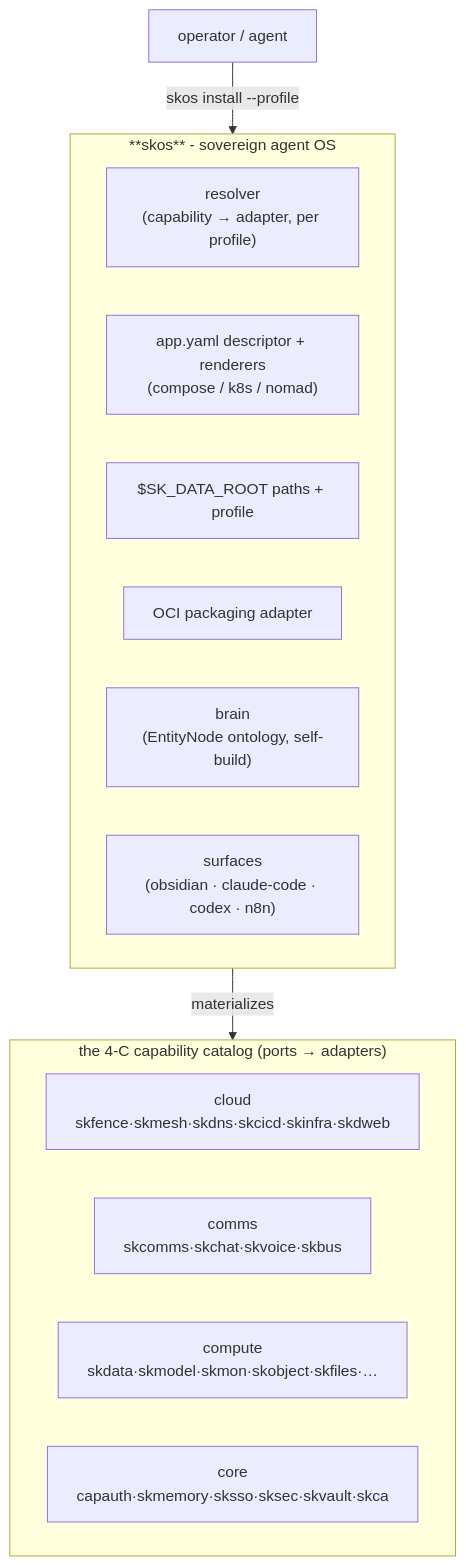
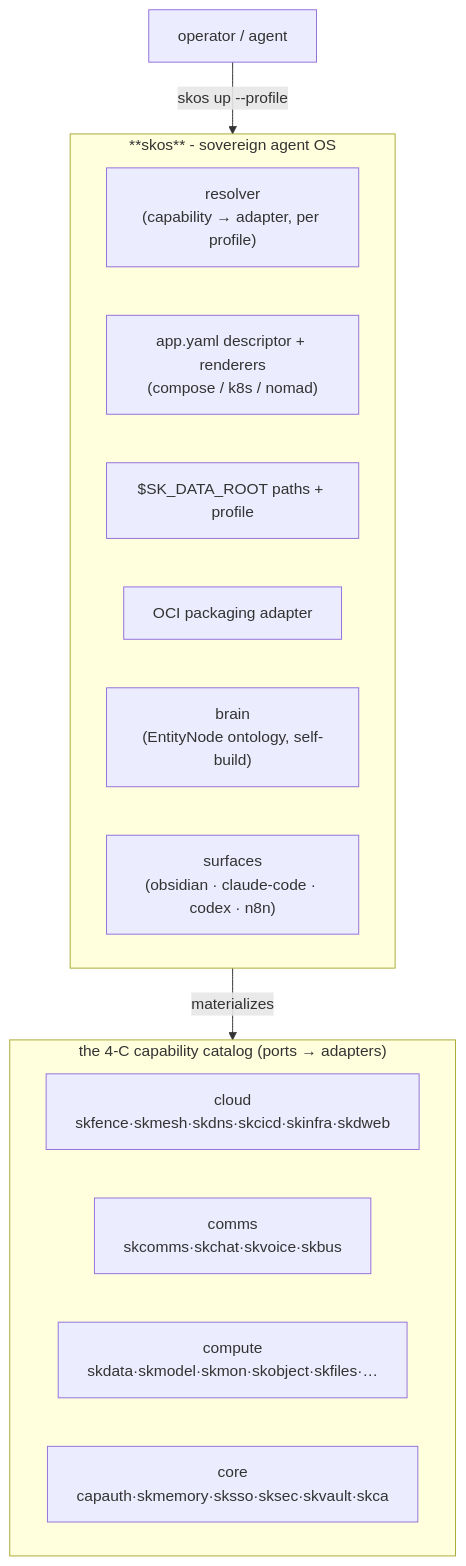
One commit to smilinTux/skos changed the first of 2 diagrams in README.md. Above: the diagram before and after it, drawn with Mermaid. The commit also changed other lines of this file and 2 other files, not shown here.

First line of the commit message:
docs: quickstart uses the real CLI (init, plan/up --profile local, path data)

````diff
--- a/README.md
+++ b/README.md
@@ -47,20 +47,20 @@
 ```mermaid
 flowchart TD
-    OP["operator / agent"] -->|"skos install --profile"| SKOS
+    OP["operator / agent"] -->|"skos up --profile"| SKOS
     subgraph SKOS["**skos** - sovereign agent OS"]
       RES["resolver<br/>(capability → adapter, per profile)"]
       DESC["app.yaml descriptor + renderers<br/>(compose / k8s / nomad)"]
       PATHS["$SK_DATA_ROOT paths + profile"]
       PKG["OCI packaging adapter"]
       BRAIN["brain<br/>(EntityNode ontology, self-build)"]
       SURF["surfaces<br/>(obsidian · claude-code · codex · n8n)"]
     end
     SKOS -->|materializes| CAPS
     subgraph CAPS["the 4-C capability catalog (ports → adapters)"]
       direction LR
       CLOUD["cloud<br/>skfence·skmesh·skdns·skcicd·skinfra·skdweb"]
       COMMS["comms<br/>skcomms·skchat·skvoice·skbus"]
       COMPUTE["compute<br/>skdata·skmodel·skmon·skobject·skfiles·…"]
       CORE["core<br/>capauth·skmemory·sksso·sksec·skvault·skca"]
     end
 ```
````
